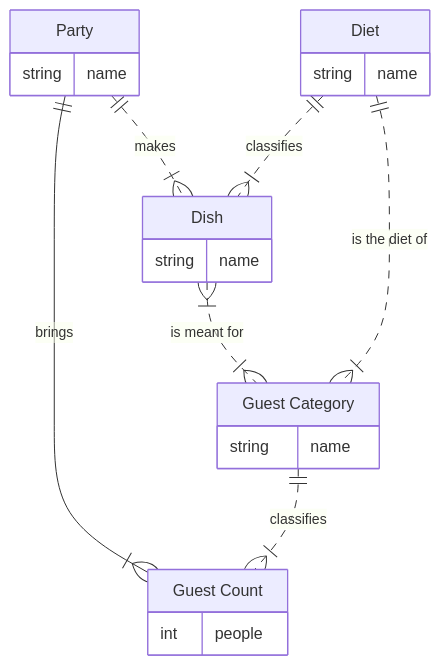
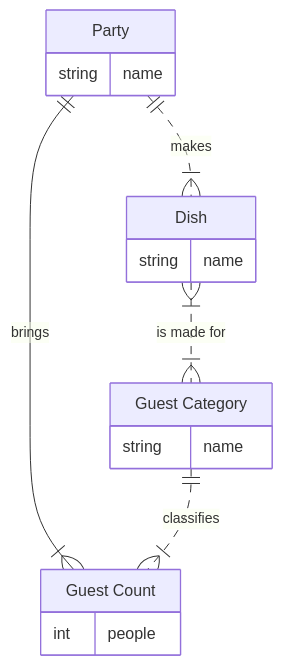
One commit to pvginkel/KerstDiner changed the diagram in docs/design.md. Above: the diagram before and after it, drawn with Mermaid. The commit also changed other lines of this file, not shown here.

First line of the commit message:
Design: record the operator's rulings, dish matrix, reset, public-route attribute

````diff
--- a/docs/design.md
+++ b/docs/design.md
@@ -238,26 +206,21 @@
 ```mermaid
 erDiagram
     direction TB
     Party {
         string name
     }
     Dish {
-        string name
-    }
-    Diet {
         string name
     }
     GuestCount["Guest Count"] {
         int people
     }
     GuestCategory["Guest Category"] {
         string name
     }
     Party ||--|{ GuestCount : "brings"
     GuestCategory ||..|{ GuestCount : "classifies"
-    Diet ||..|{ Dish : "classifies"
-    Diet ||..|{ GuestCategory : "is the diet of"
     Party ||..|{ Dish : "makes"
     %% Unresolved many-to-many: this is a concept model.
-    Dish }|..|{ GuestCategory : "is meant for"
+    Dish }|..|{ GuestCategory : "is made for"
 ```
````
